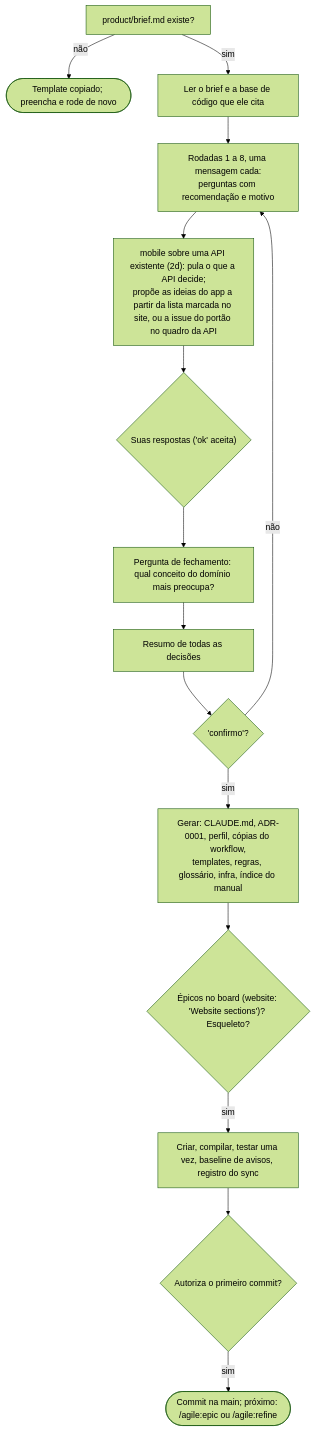
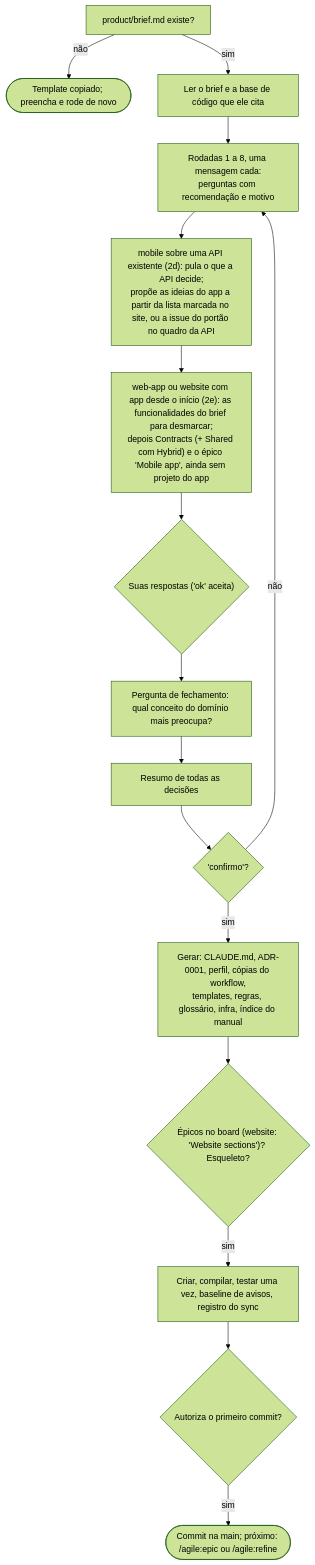
One commit to alexcanario/simulab changed the third of 20 diagrams in docs/agile/workflow.pt-BR.md. Above: the diagram before and after it, drawn with Mermaid (forest theme). The commit also changed other lines of this file and 11 other files, not shown here.

````diff
--- a/docs/agile/workflow.pt-BR.md
+++ b/docs/agile/workflow.pt-BR.md
@@ -2021,17 +2232,18 @@
 ```mermaid
 flowchart TD
     A["product/brief.md existe?"] -->|não| A1(["Template copiado; preencha e rode de novo"])
     A -->|sim| B["Ler o brief e a base de código que ele cita"]
     B --> C["Rodadas 1 a 8, uma mensagem cada:<br/>perguntas com recomendação e motivo"]
     C --> C1["mobile sobre uma API existente (2d): pula o que a API decide;<br/>propõe as ideias do app a partir da lista marcada no site, ou a issue do portão no quadro da API"]
-    C1 --> D{"Suas respostas ('ok' aceita)"}
+    C1 --> C2["web-app ou website com app desde o início (2e): as funcionalidades do brief para desmarcar;<br/>depois Contracts (+ Shared com Hybrid) e o épico 'Mobile app', ainda sem projeto do app"]
+    C2 --> D{"Suas respostas ('ok' aceita)"}
     D --> E["Pergunta de fechamento: qual conceito do domínio mais preocupa?"]
     E --> F["Resumo de todas as decisões"]
     F --> G{"'confirmo'?"}
     G -->|não| C
     G -->|sim| H["Gerar: CLAUDE.md, ADR-0001, perfil, cópias do workflow,<br/>templates, regras, glossário, infra, índice do manual"]
     H --> I{"Épicos no board (website: 'Website sections')? Esqueleto?"}
     I -->|sim| J["Criar, compilar, testar uma vez, baseline de avisos, registro do sync"]
     J --> K{"Autoriza o primeiro commit?"}
     K -->|sim| L(["Commit na main; próximo: /agile:epic ou /agile:refine"])
 ```
````
